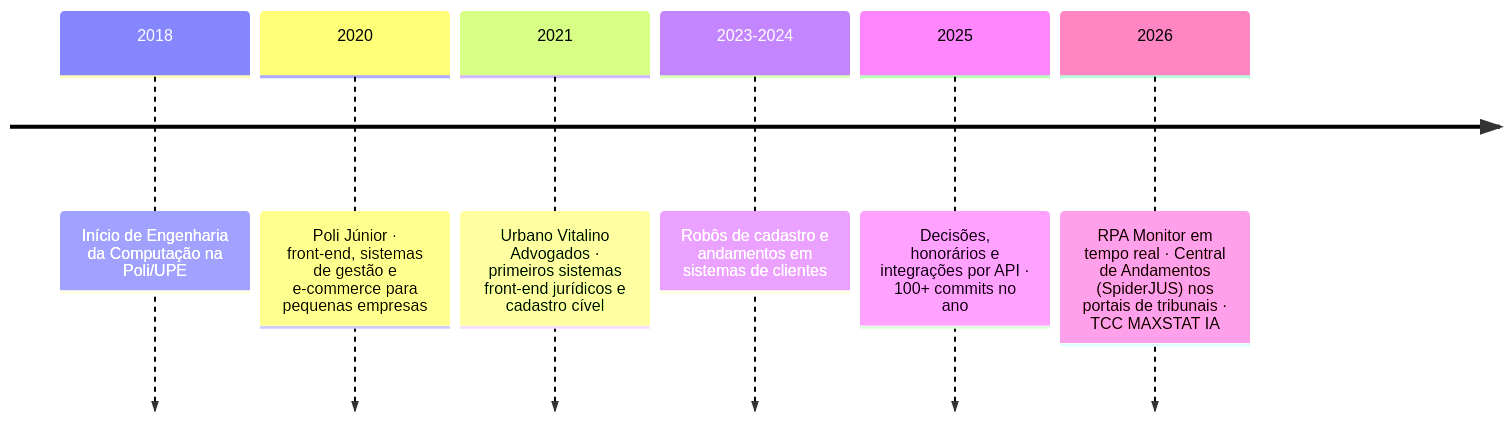
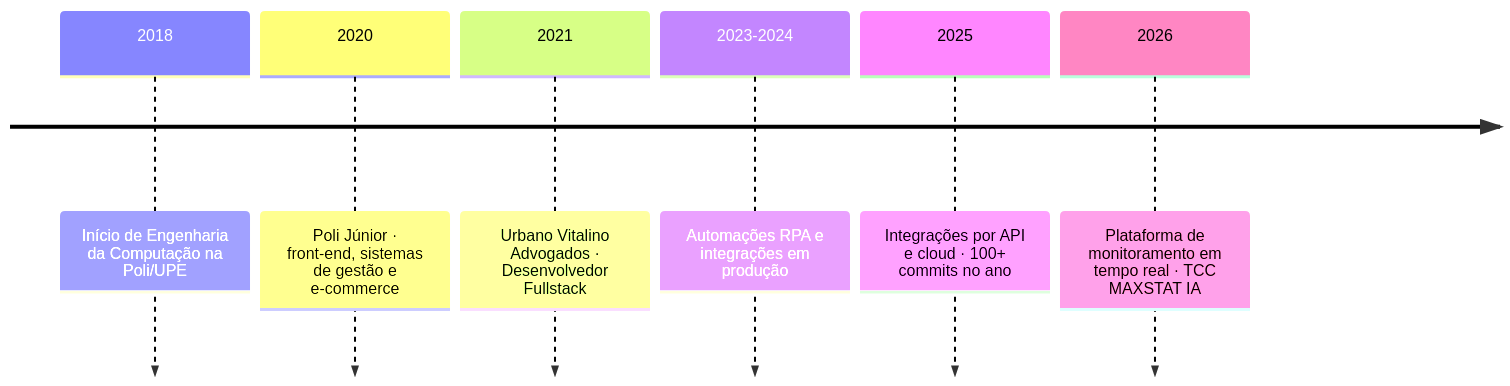
Before and after one commit to VictorBarros28/VictorBarros28: the second of 2 diagrams in README.md, drawn with Mermaid. The commit also changed other lines of this file and 2 other files, not shown here.

````diff
--- a/README.md
+++ b/README.md
@@ -31,9 +127,9 @@
 ```mermaid
 timeline
     2018 : Início de Engenharia da Computação na Poli/UPE
-    2020 : Poli Júnior · front-end, sistemas de gestão e e-commerce para pequenas empresas
-    2021 : Urbano Vitalino Advogados · primeiros sistemas front-end jurídicos e cadastro cível
-    2023-2024 : Robôs de cadastro e andamentos em sistemas de clientes
-    2025 : Decisões, honorários e integrações por API · 100+ commits no ano
-    2026 : RPA Monitor em tempo real · Central de Andamentos (SpiderJUS) nos portais de tribunais · TCC MAXSTAT IA
+    2020 : Poli Júnior · front-end, sistemas de gestão e e-commerce
+    2021 : Urbano Vitalino Advogados · Desenvolvedor Fullstack
+    2023-2024 : Automações RPA e integrações em produção
+    2025 : Integrações por API e cloud · 100+ commits no ano
+    2026 : Plataforma de monitoramento em tempo real · TCC MAXSTAT IA
 ```
````
